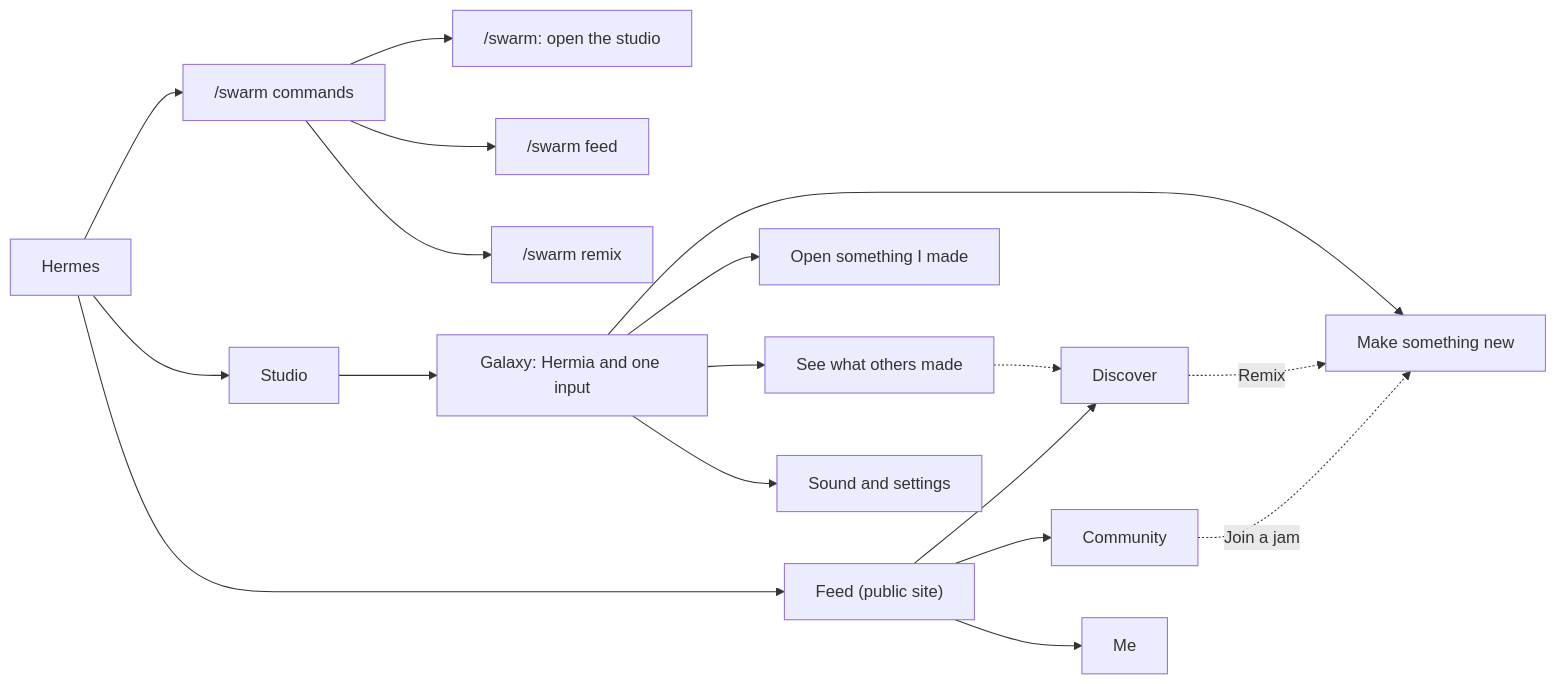
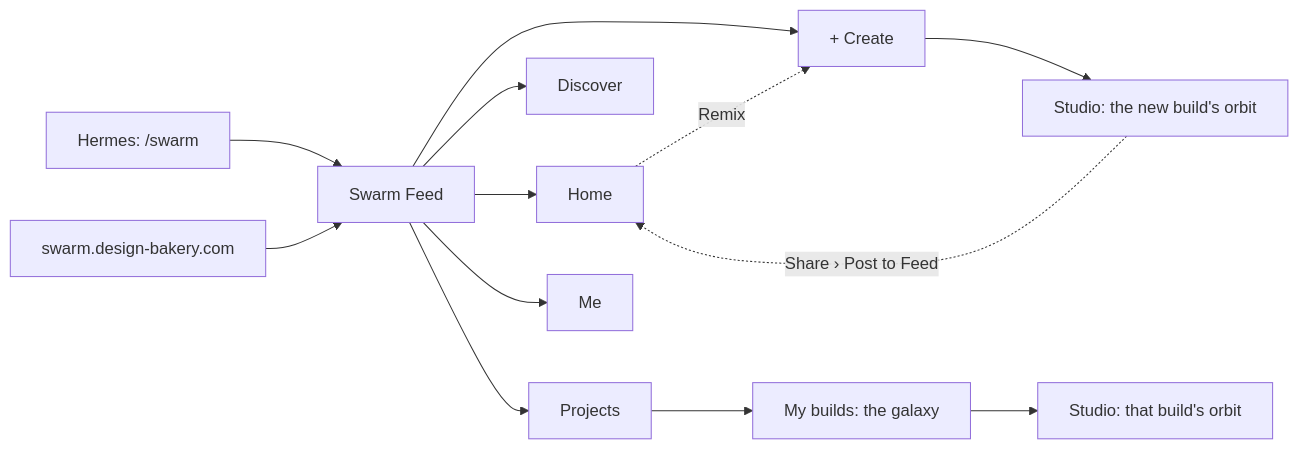
One commit to Pukujan/swarm-studio changed the first of 22 diagrams in docs/ux/SITEMAP.md. Above: the diagram before and after it, drawn with Mermaid. The commit also changed other lines of this file and 4 other files, not shown here.

First line of the commit message:
Docs: the Feed is the front door, TikTok-style, Studio inside it

````diff
--- a/docs/ux/SITEMAP.md
+++ b/docs/ux/SITEMAP.md
@@ -14,20 +18,15 @@
 ```mermaid
 flowchart LR
-  H[Hermes] --> CMD["/swarm commands"]
-  H --> ST[Studio]
-  H --> FD["Feed (public site)"]
-  CMD --> C1["/swarm: open the studio"]
-  CMD --> C2["/swarm feed"]
-  CMD --> C3["/swarm remix"]
-  ST --> G["Galaxy: Hermia and one input"]
-  G --> MK[Make something new]
-  G --> OP[Open something I made]
-  G --> SE[See what others made]
-  G --> SS[Sound and settings]
-  FD --> DI[Discover]
-  FD --> CO[Community]
-  FD --> ME[Me]
-  SE -.-> DI
-  DI -.->|Remix| MK
-  CO -.->|Join a jam| MK
+  HX["Hermes: /swarm"] --> FEED["Swarm Feed"]
+  WEB["swarm.design-bakery.com"] --> FEED
+  FEED --> HOME[Home]
+  FEED --> DISC[Discover]
+  FEED --> PROJ[Projects]
+  FEED --> ME[Me]
+  FEED --> CR["+ Create"]
+  CR --> ORB["Studio: the new build's orbit"]
+  PROJ --> GAL["My builds: the galaxy"]
+  GAL --> ORB2["Studio: that build's orbit"]
+  ORB -.->|Share › Post to Feed| HOME
+  HOME -.->|Remix| CR
 ```
````
